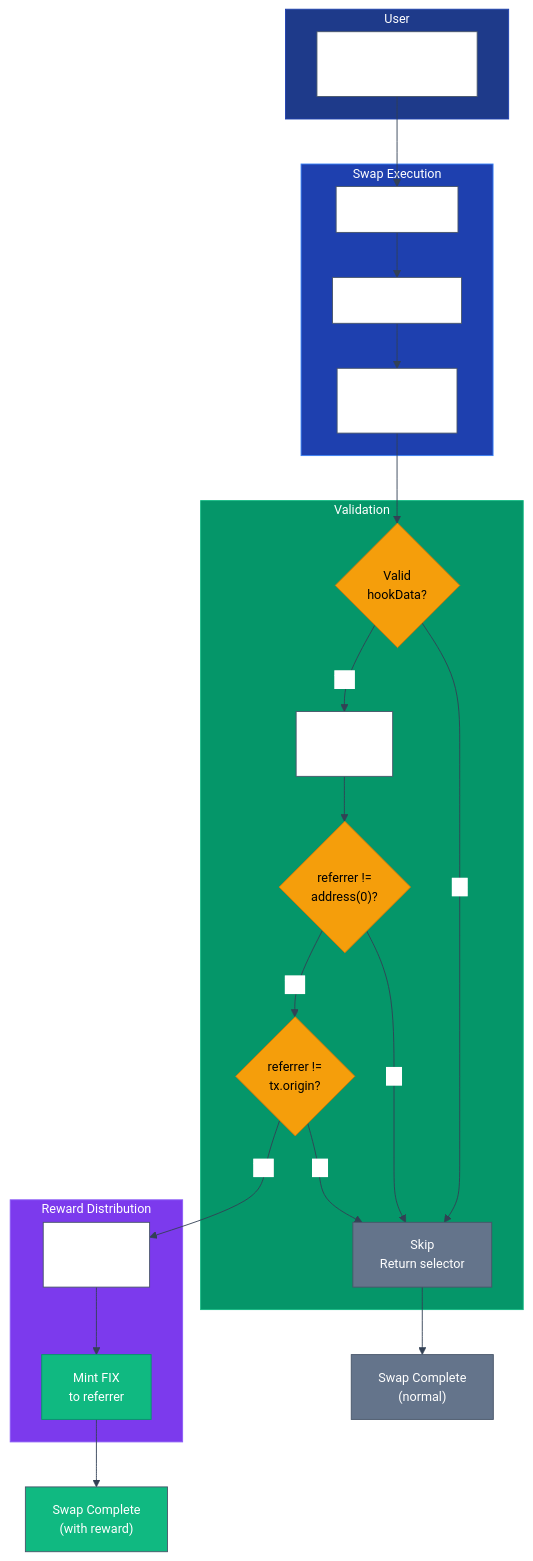
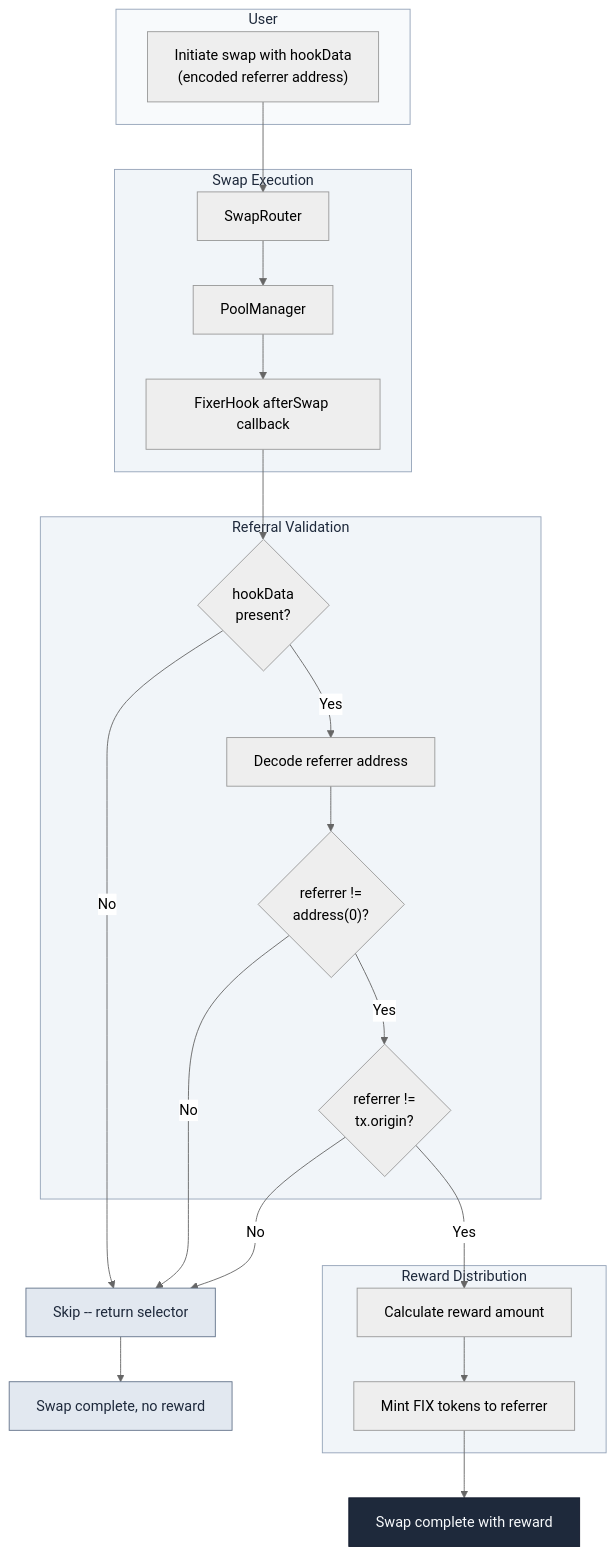
Before and after one commit to guglxni/the-fixer-hook: the diagram in README_ARCH.mmd, drawn with Mermaid. The commit also changed 51 other files, not shown here.

First line of the commit message:
Redesign all 26 diagrams with professional, monochrome styling

```diff
--- a/README_ARCH.mmd
+++ b/README_ARCH.mmd
@@ -1,63 +1,48 @@
-%%{init: {'theme': 'base', 'themeVariables': { 
-  'primaryColor': '#1e3a8a', 
-  'primaryTextColor': '#ffffff', 
-  'primaryBorderColor': '#1e40af', 
-  'lineColor': '#334155', 
-  'secondaryColor': '#f1f5f9', 
-  'tertiaryColor': '#cbd5e1', 
-  'background': '#ffffff',
-  'mainBkg': '#ffffff',
-  'nodeBorder': '#475569',
-  'clusterBkg': '#f8fafc',
-  'clusterBorder': '#cbd5e1',
-  'titleColor': '#0f172a',
-  'edgeLabelBackground': '#ffffff',
-  'fontFamily': 'Arial, Helvetica, sans-serif',
-  'fontSize': '14px'
-}}}%%
+%%{init: {'theme': 'neutral', 'themeVariables': {'fontFamily': 'Inter, system-ui, sans-serif'}}}%%
 flowchart TB
     subgraph USER["User"]
-        U1["User initiates swap\nwith hookData"]
+        U1["Initiate swap with hookData<br/>(encoded referrer address)"]
     end
-    
+
     subgraph SWAP["Swap Execution"]
-        U2["SwapRouter"] --> U3["PoolManager"]
-        U3 --> U4["FixerHook\nafterSwap()"]
+        S1["SwapRouter"]
+        S2["PoolManager"]
+        S3["FixerHook afterSwap callback"]
     end
-    
-    subgraph VALIDATION["Validation"]
-        U4 --> U5{"Valid\nhookData?"}
-        U5 -->|No| U6["Skip\nReturn selector"]
-        U5 -->|Yes| U7["Decode\nreferrer"]
-        U7 --> U8{"referrer !=\naddress(0)?"}
-        U8 -->|No| U6
-        U8 -->|Yes| U9{"referrer !=\ntx.origin?"}
+
+    subgraph VALIDATION["Referral Validation"]
+        V1{"hookData<br/>present?"}
+        V2["Decode referrer address"]
+        V3{"referrer != <br/>address(0)?"}
+        V4{"referrer != <br/>tx.origin?"}
     end
-    
+
     subgraph REWARD["Reward Distribution"]
-        U9 -->|No| U6
-        U9 -->|Yes| U10["Calculate\nReward"]
-        U10 --> U11["Mint FIX\nto referrer"]
+        R1["Calculate reward amount"]
+        R2["Mint FIX tokens to referrer"]
     end
-    
-    U1 --> U2
-    U6 --> END1["Swap Complete\n(normal)"]
-    U11 --> END2["Swap Complete\n(with reward)"]
-    
-    style USER fill:#1e3a8a,color:#fff,stroke:#1e40af
-    style SWAP fill:#1e40af,color:#fff,stroke:#3b82f6
-    style VALIDATION fill:#059669,color:#fff,stroke:#10b981
-    style REWARD fill:#7c3aed,color:#fff,stroke:#8b5cf6
-    style U1 color:#fff
-    style U2 color:#fff
-    style U3 color:#fff
-    style U4 color:#fff
-    style U5 fill:#f59e0b,color:#000,stroke:#d97706
-    style U6 fill:#64748b,color:#fff,stroke:#475569
-    style U7 color:#fff
-    style U8 fill:#f59e0b,color:#000,stroke:#d97706
-    style U9 fill:#f59e0b,color:#000,stroke:#d97706
-    style U10 color:#fff
-    style U11 fill:#10b981,color:#fff,stroke:#059669
-    style END1 fill:#64748b,color:#fff
-    style END2 fill:#10b981,color:#fff
+
+    SKIP["Skip -- return selector"]
+
+    U1 --> S1
+    S1 --> S2
+    S2 --> S3
+    S3 --> V1
+    V1 -->|No| SKIP
+    V1 -->|Yes| V2
+    V2 --> V3
+    V3 -->|No| SKIP
+    V3 -->|Yes| V4
+    V4 -->|No| SKIP
+    V4 -->|Yes| R1
+    R1 --> R2
+    R2 --> END1["Swap complete with reward"]
+    SKIP --> END2["Swap complete, no reward"]
+
+    style USER fill:#f8fafc,stroke:#94a3b8,color:#1e293b
+    style SWAP fill:#f1f5f9,stroke:#94a3b8,color:#1e293b
+    style VALIDATION fill:#f1f5f9,stroke:#94a3b8,color:#1e293b
+    style REWARD fill:#f1f5f9,stroke:#94a3b8,color:#1e293b
+    style SKIP fill:#e2e8f0,color:#1e293b,stroke:#64748b
+    style END1 fill:#1e293b,color:#f8fafc,stroke:#0f172a
+    style END2 fill:#e2e8f0,color:#1e293b,stroke:#64748b
```
